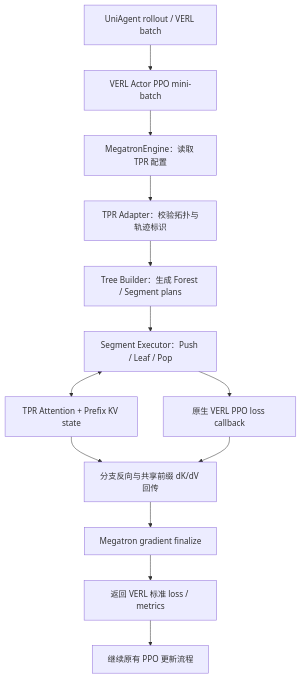
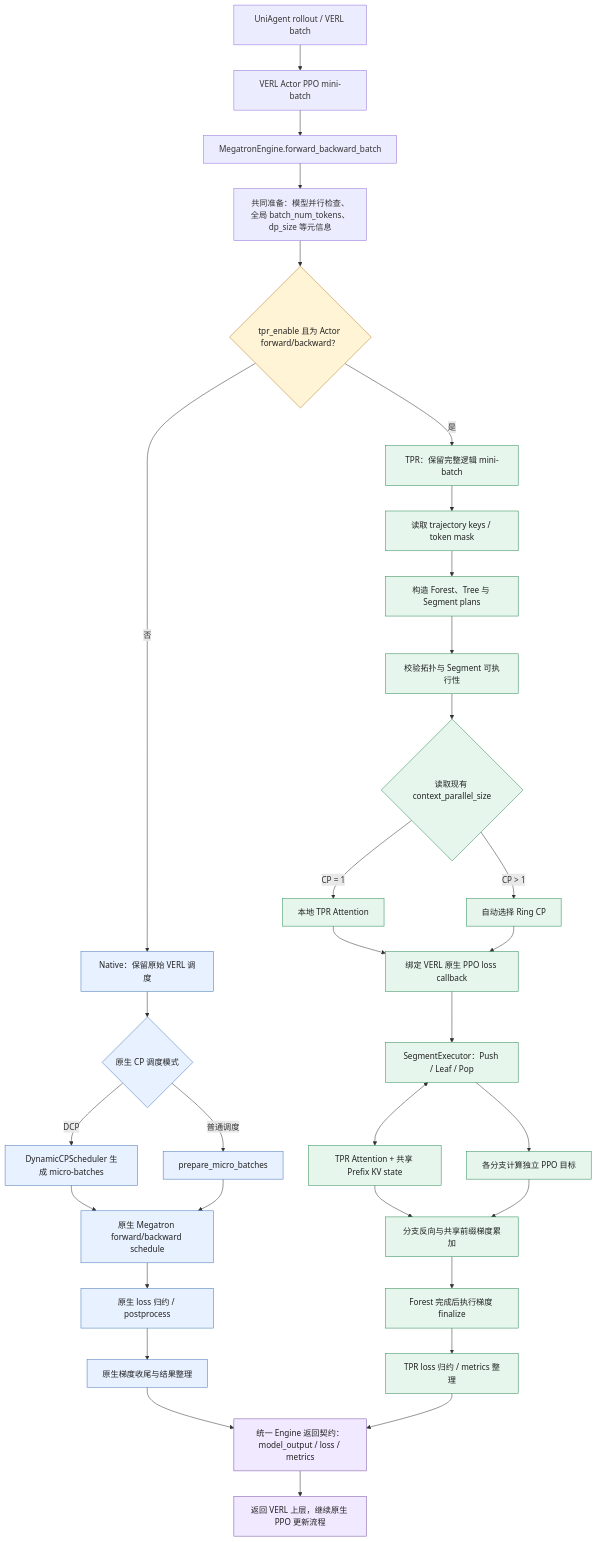
Before and after one commit to 1903943257/verl-tpr-recipe-dev: the diagram in tpr/ARCHITECTURE.md, drawn with Mermaid. The commit also changed other lines of this file and 1 other file, not shown here.

Commit message:
docs(tpr): clarify single switch and native/TPR execution paths

````diff
--- a/tpr/ARCHITECTURE.md
+++ b/tpr/ARCHITECTURE.md
@@ -69,15 +83,46 @@
 ```mermaid
 flowchart TD
     A["UniAgent rollout / VERL batch"] --> B["VERL Actor PPO mini-batch"]
-    B --> C["MegatronEngine：读取 TPR 配置"]
-    C --> D["TPR Adapter：校验拓扑与轨迹标识"]
-    D --> E["Tree Builder：生成 Forest / Segment plans"]
-    E --> F["Segment Executor：Push / Leaf / Pop"]
-    F <--> G["TPR Attention + Prefix KV state"]
-    F --> H["原生 VERL PPO loss callback"]
-    G --> I["分支反向与共享前缀 dK/dV 回传"]
-    H --> I
-    I --> J["Megatron gradient finalize"]
-    J --> K["返回 VERL 标准 loss / metrics"]
-    K --> L["继续原有 PPO 更新流程"]
+    B --> C["MegatronEngine.forward_backward_batch"]
+    C --> D["共同准备：模型并行检查、全局 batch_num_tokens、dp_size 等元信息"]
+    D --> E{"tpr_enable 且为 Actor forward/backward？"}
+
+    E -- "否" --> N1["Native：保留原始 VERL 调度"]
+    N1 --> N2{"原生 CP 调度模式"}
+    N2 -- "DCP" --> N3["DynamicCPScheduler 生成 micro-batches"]
+    N2 -- "普通调度" --> N4["prepare_micro_batches"]
+    N3 --> N5["原生 Megatron forward/backward schedule"]
+    N4 --> N5
+    N5 --> N6["原生 loss 归约 / postprocess"]
+    N6 --> N7["原生梯度收尾与结果整理"]
+
+    E -- "是" --> T1["TPR：保留完整逻辑 mini-batch"]
+    T1 --> T2["读取 trajectory keys / token mask"]
+    T2 --> T3["构造 Forest、Tree 与 Segment plans"]
+    T3 --> T4["校验拓扑与 Segment 可执行性"]
+    T4 --> T5{"读取现有 context_parallel_size"}
+    T5 -- "CP = 1" --> T6["本地 TPR Attention"]
+    T5 -- "CP > 1" --> T7["自动选择 Ring CP"]
+    T6 --> T8["绑定 VERL 原生 PPO loss callback"]
+    T7 --> T8
+    T8 --> T9["SegmentExecutor：Push / Leaf / Pop"]
+    T9 <--> T10["TPR Attention + 共享 Prefix KV state"]
+    T9 --> T11["各分支计算独立 PPO 目标"]
+    T10 --> T12["分支反向与共享前缀梯度累加"]
+    T11 --> T12
+    T12 --> T13["Forest 完成后执行梯度 finalize"]
+    T13 --> T14["TPR loss 归约 / metrics 整理"]
+
+    N7 --> J["统一 Engine 返回契约：model_output / loss / metrics"]
+    T14 --> J
+    J --> K["返回 VERL 上层，继续原生 PPO 更新流程"]
+
+    classDef fork fill:#fff4d6,stroke:#b7791f,color:#222;
+    classDef native fill:#e8f1ff,stroke:#4676b9,color:#222;
+    classDef tpr fill:#e6f6ec,stroke:#2d8a57,color:#222;
+    classDef join fill:#f1e9ff,stroke:#7955a6,color:#222;
+    class E fork;
+    class N1,N2,N3,N4,N5,N6,N7 native;
+    class T1,T2,T3,T4,T5,T6,T7,T8,T9,T10,T11,T12,T13,T14 tpr;
+    class J,K join;
 ```
````
